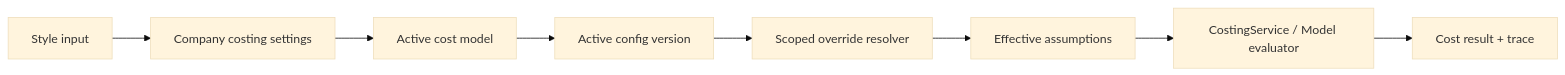
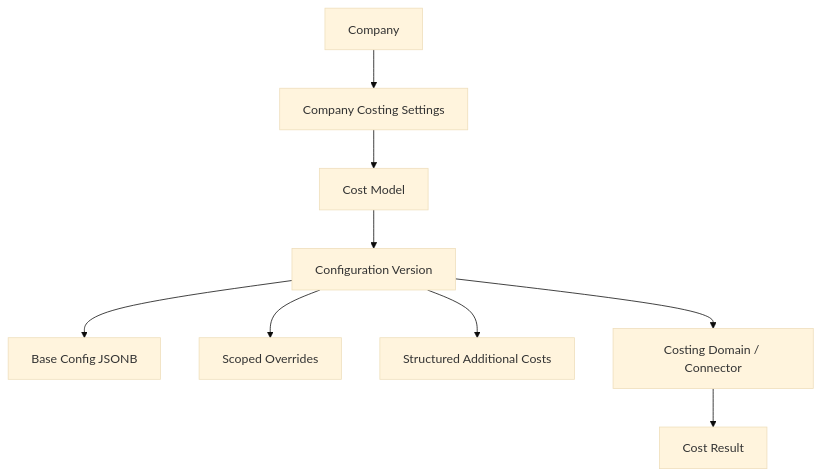
The diagram in docs/company-costing-settings-data-model.md (alejandroperezcorral-dot/standard), drawn with Mermaid (base theme) before and after one commit. The commit also changed other lines of this file and 1 other file, not shown here.

Commit message:
docs: harden company costing settings schema design

````diff
--- a/docs/company-costing-settings-data-model.md
+++ b/docs/company-costing-settings-data-model.md
@@ -828,10 +75,11 @@
 ```mermaid
-flowchart LR
-  A["Style input"] --> B["Company costing settings"]
-  B --> C["Active cost model"]
-  C --> D["Active config version"]
-  D --> E["Scoped override resolver"]
-  E --> F["Effective assumptions"]
-  F --> G["CostingService / Model evaluator"]
-  G --> H["Cost result + trace"]
+flowchart TD
+  A["Company"] --> B["Company Costing Settings"]
+  B --> C["Cost Model"]
+  C --> D["Configuration Version"]
+  D --> E["Base Config JSONB"]
+  D --> F["Scoped Overrides"]
+  D --> G["Structured Additional Costs"]
+  D --> H["Costing Domain / Connector"]
+  H --> I["Cost Result"]
 ```
````
